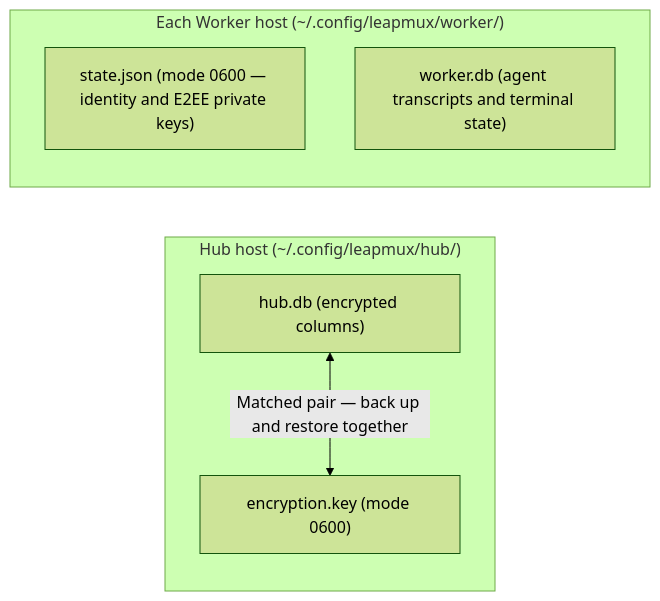
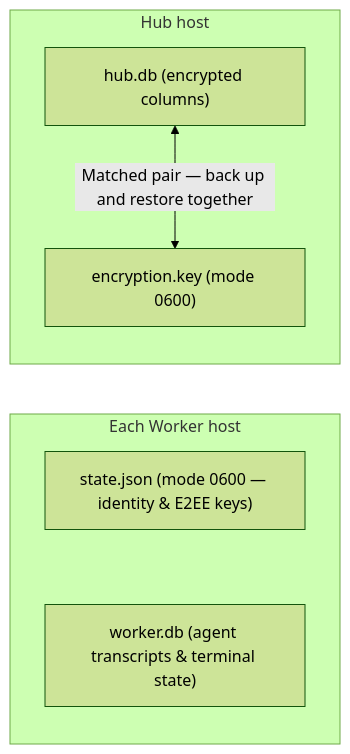
The diagram in site/content/docs/admin/encryption-and-data.md (leapmux/leapmux), drawn with Mermaid (forest theme) before and after one commit. The commit also changed 82 other files, not shown here.

First line of the commit message:
docs(site): Fix diagrams, expand UI screenshots, and clarify docs

````diff
--- a/site/content/docs/admin/encryption-and-data.md
+++ b/site/content/docs/admin/encryption-and-data.md
@@ -291,12 +291,16 @@
 ```mermaid
-flowchart LR
-    subgraph HubHost["Hub host (~/.config/leapmux/hub/)"]
+flowchart TD
+    subgraph HubHost["Hub host"]
+        direction TB
         HubDB["hub.db (encrypted columns)"]
         KeyFile["encryption.key (mode 0600)"]
         HubDB <-->|"Matched pair — back up and restore together"| KeyFile
     end
-    subgraph WorkerHost["Each Worker host (~/.config/leapmux/worker/)"]
-        StateJSON["state.json (mode 0600 — identity and E2EE private keys)"]
-        WorkerDB["worker.db (agent transcripts and terminal state)"]
+    subgraph WorkerHost["Each Worker host"]
+        direction TB
+        StateJSON["state.json (mode 0600 — identity & E2EE keys)"]
+        WorkerDB["worker.db (agent transcripts & terminal state)"]
+        StateJSON ~~~ WorkerDB
     end
+    HubHost ~~~ WorkerHost
 ```
````
